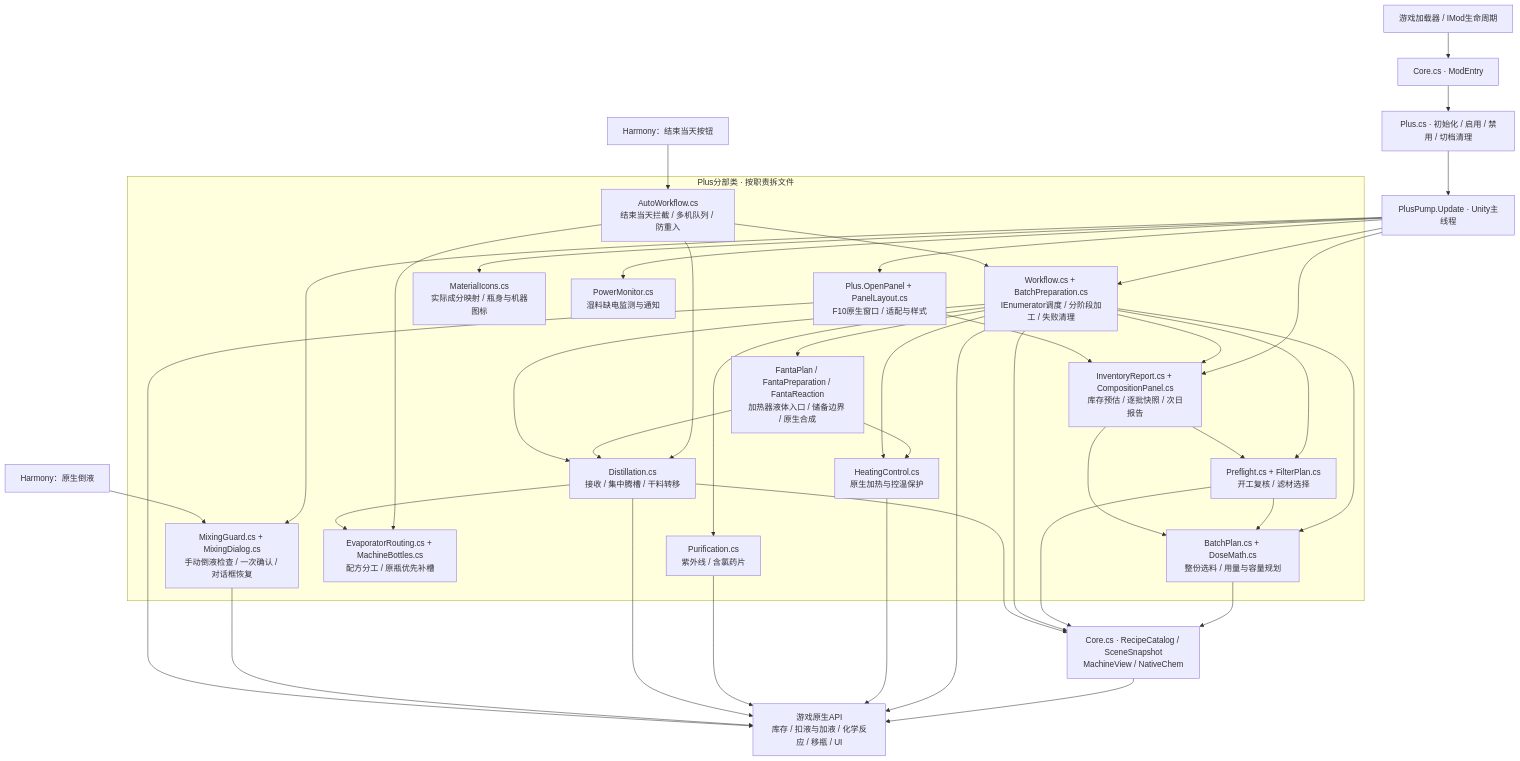
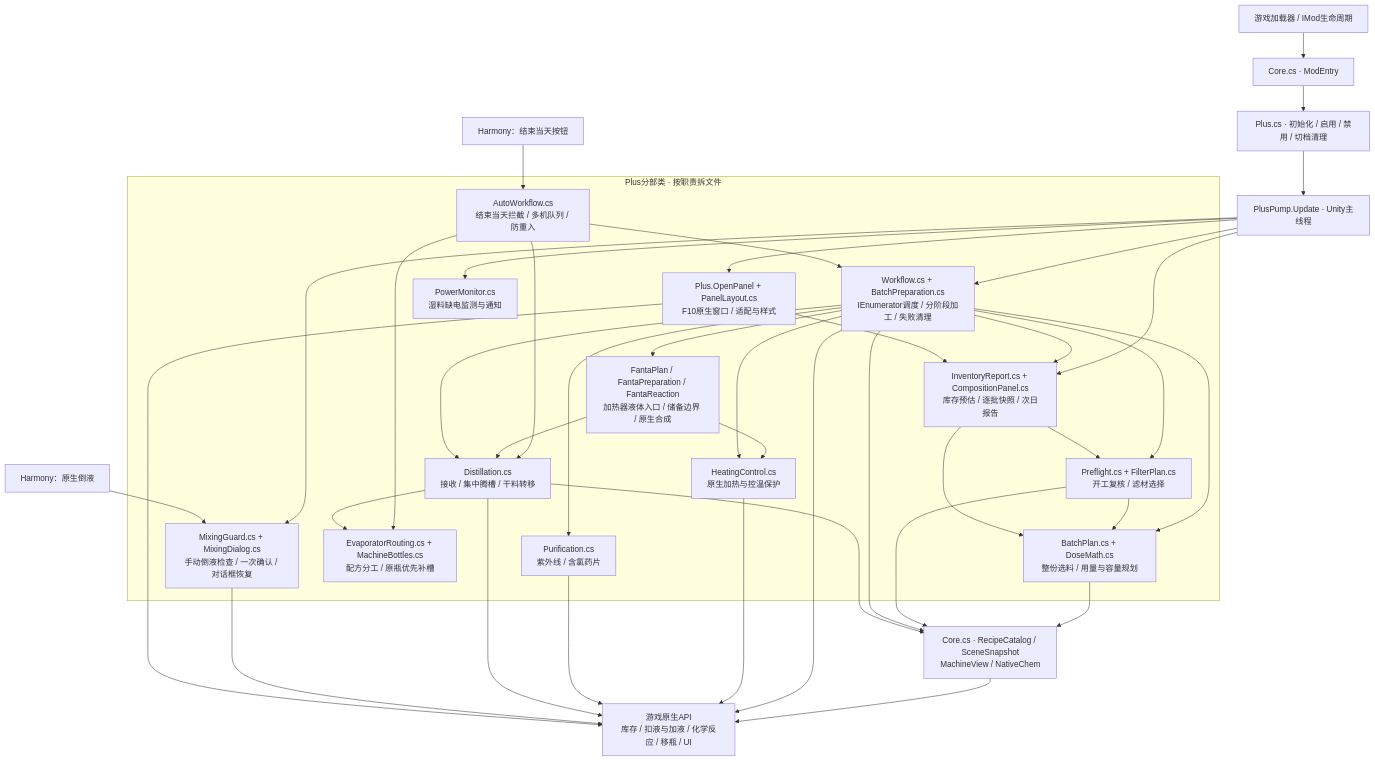
The first of 2 diagrams in docs/ARCHITECTURE.md (KarlWang86/Probably-Stolen-ChemAssistPlus), drawn with Mermaid before and after one commit. The commit also changed other lines of this file and 14 other files, not shown here.

````diff
--- a/docs/ARCHITECTURE.md
+++ b/docs/ARCHITECTURE.md
@@ -9,63 +9,61 @@
 ```mermaid
 flowchart TB
     Game["游戏加载器 / IMod生命周期"] --> Entry["Core.cs · ModEntry"]
     Entry --> Plus["Plus.cs · 初始化 / 启用 / 禁用 / 切档清理"]
     Plus --> Pump["PlusPump.Update · Unity主线程"]
 
     subgraph Business["Plus分部类 · 按职责拆文件"]
         Auto["AutoWorkflow.cs<br/>结束当天拦截 / 多机队列 / 防重入"]
         Plan["BatchPlan.cs + DoseMath.cs<br/>整份选料 / 用量与容量规划"]
         Check["Preflight.cs + FilterPlan.cs<br/>开工复核 / 滤材选择"]
         Work["Workflow.cs + BatchPreparation.cs<br/>IEnumerator调度 / 分阶段加工 / 失败清理"]
         Fanta["FantaPlan / FantaPreparation / FantaReaction<br/>加热器液体入口 / 储备边界 / 原生合成"]
         Heat["HeatingControl.cs<br/>原生加热与控温保护"]
         Purify["Purification.cs<br/>紫外线 / 含氯药片"]
         Distill["Distillation.cs<br/>接收 / 集中腾槽 / 干料转移"]
         Route["EvaporatorRouting.cs + MachineBottles.cs<br/>配方分工 / 原瓶优先补槽"]
         Report["InventoryReport.cs + CompositionPanel.cs<br/>库存预估 / 逐批快照 / 次日报告"]
         UI["Plus.OpenPanel + PanelLayout.cs<br/>F10原生窗口 / 适配与样式"]
         Mix["MixingGuard.cs + MixingDialog.cs<br/>手动倒液检查 / 一次确认 / 对话框恢复"]
-        Icons["MaterialIcons.cs<br/>实际成分映射 / 瓶身与机器图标"]
         Power["PowerMonitor.cs<br/>湿料缺电监测与通知"]
     end
 
     Pump --> Work
     Pump --> UI
     Pump --> Mix
-    Pump --> Icons
     Pump --> Power
     Pump --> Report
     Hook["Harmony：结束当天按钮"] --> Auto
     Auto --> Work
     Auto --> Distill
     Auto --> Route
     Work --> Plan
     Work --> Fanta
     Fanta --> Distill
     Fanta --> Heat
     Work --> Check
     Work --> Heat
     Work --> Purify
     Work --> Distill
     Check --> Plan
     Distill --> Route
     Work --> Report
     UI --> Report
     Report --> Plan
     Report --> Check
     TransferHook["Harmony：原生倒液"] --> Mix
 
     Core["Core.cs · RecipeCatalog / SceneSnapshot<br/>MachineView / NativeChem"]
     Plan --> Core
     Check --> Core
     Work --> Core
     Distill --> Core
     Native["游戏原生API<br/>库存 / 扣液与加液 / 化学反应 / 移瓶 / UI"]
     Core --> Native
     Work --> Native
     Heat --> Native
     Purify --> Native
     Distill --> Native
     Mix --> Native
     UI --> Native
 ```
````
